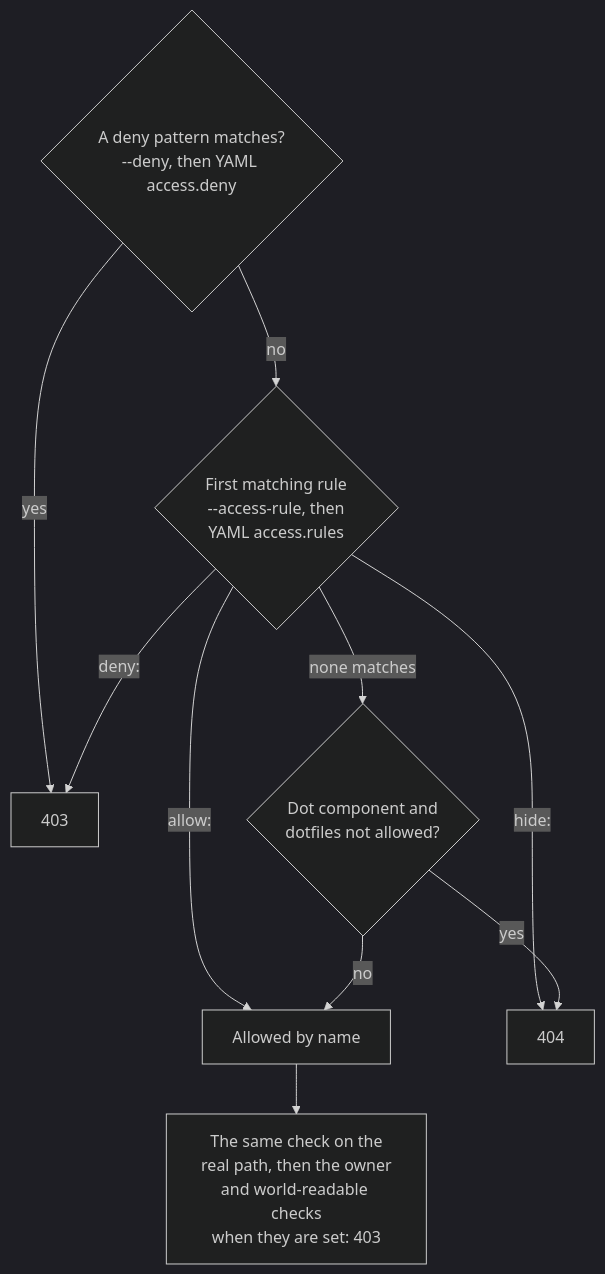
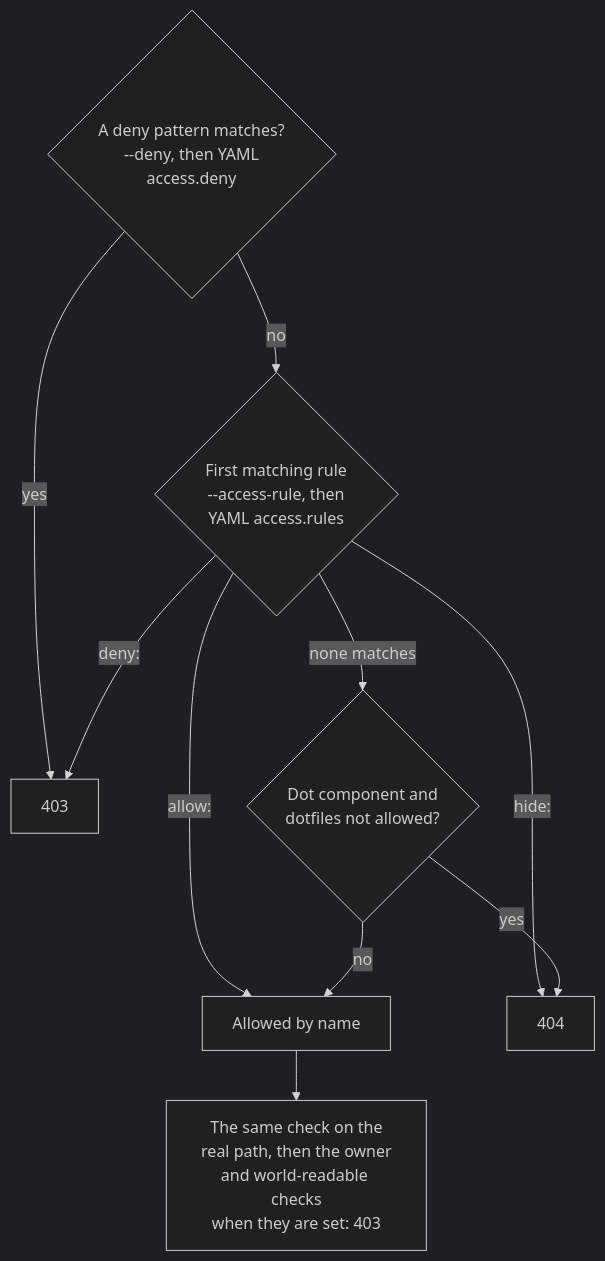
One commit to BlivionIaG/sjws_nettask changed the diagram in docs/user/access-rules.md. Above: the diagram before and after it, drawn with Mermaid (dark theme). The commit also changed 19 other files, not shown here.

First line of the commit message:
docs: fix the diagrams the fact-check found imprecise

````diff
--- a/docs/user/access-rules.md
+++ b/docs/user/access-rules.md
@@ -16,12 +16,12 @@
 ```mermaid
 flowchart TD
-    d{"A deny pattern matches?<br/>--deny, then YAML access.deny"} -->|yes| r403["403"]
+    d{"A deny pattern matches?<br/>--deny, then YAML<br/>access.deny"} -->|yes| r403["403"]
     d -->|no| rl{"First matching rule<br/>--access-rule, then<br/>YAML access.rules"}
     rl -->|"allow:"| ok["Allowed by name"]
     rl -->|"deny:"| r403
     rl -->|"hide:"| r404["404"]
     rl -->|"none matches"| dot{"Dot component and<br/>dotfiles not allowed?"}
     dot -->|yes| r404
     dot -->|no| ok
     ok --> rp["The same check on the<br/>real path, then the owner<br/>and world-readable checks<br/>when they are set: 403"]
 ```
````
